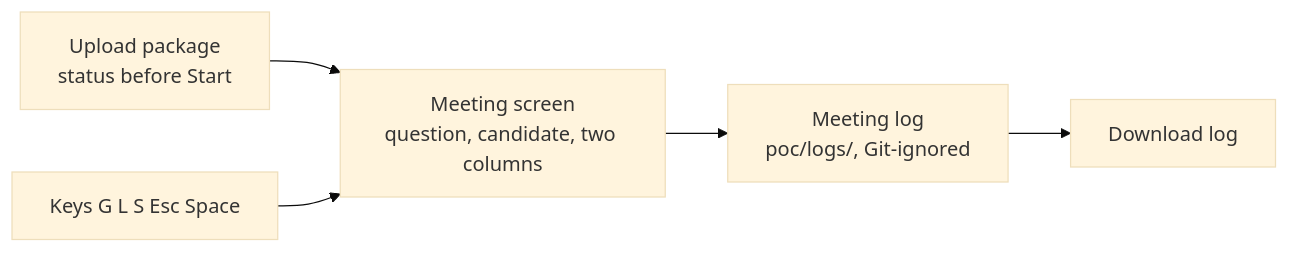
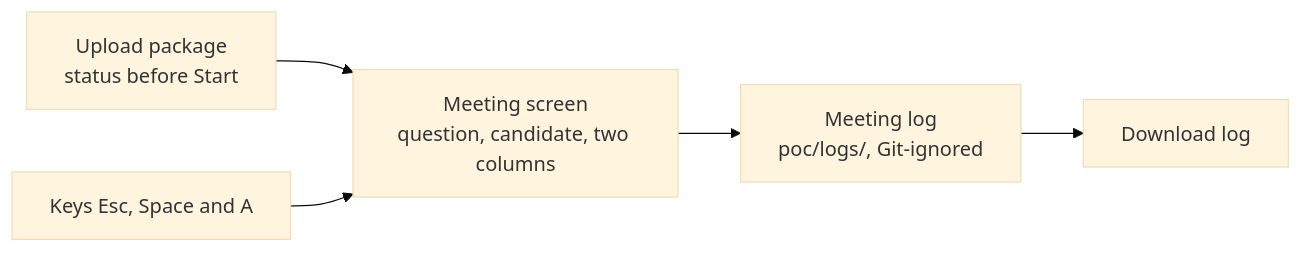
One commit to Elustondo-ai/alice.good.meetings changed the diagram in openspec/changes/sprint-004-upload-log-and-screen/proposal.md. Above: the diagram before and after it, drawn with Mermaid (base theme). The commit also changed other lines of this file and 49 other files, not shown here.

````diff
--- a/openspec/changes/sprint-004-upload-log-and-screen/proposal.md
+++ b/openspec/changes/sprint-004-upload-log-and-screen/proposal.md
@@ -7,7 +7,7 @@
 ```mermaid
 flowchart LR
     P["Upload package<br/>status before Start"] --> S["Meeting screen<br/>question, candidate, two columns"]
     S --> L["Meeting log<br/>poc/logs/, Git-ignored"]
     L --> D["Download log"]
-    K["Keys G L S Esc Space"] --> S
+    K["Keys Esc, Space and A"] --> S
 ```
````
